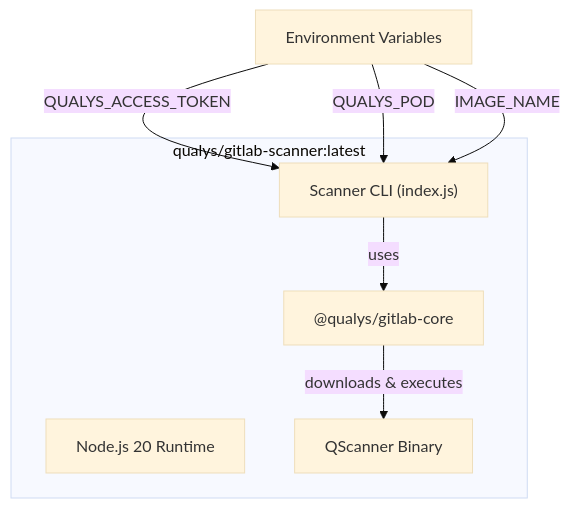
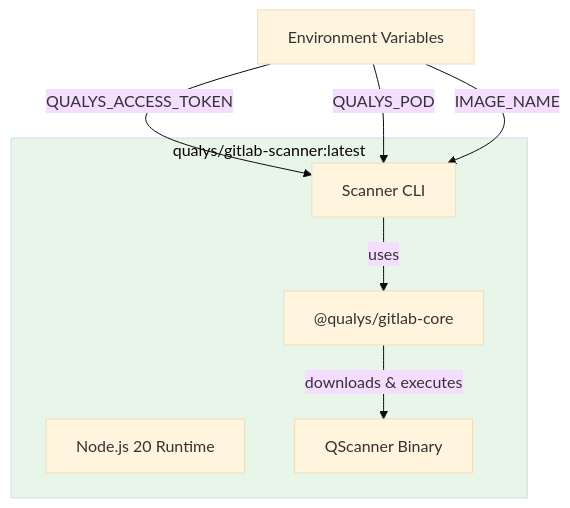
The third of 6 diagrams in docs/architecture.md (nelssec/qualys-gitlab), drawn with Mermaid (base theme) before and after one commit. The commit also changed other lines of this file and 4 other files, not shown here.

````diff
--- a/docs/architecture.md
+++ b/docs/architecture.md
@@ -70,17 +75,19 @@
 ```mermaid
 flowchart TB
-    subgraph Container["qualys/gitlab-scanner:latest"]
+    subgraph container["qualys/gitlab-scanner:latest"]
         node["Node.js 20 Runtime"]
         core["@qualys/gitlab-core"]
-        cli["Scanner CLI (index.js)"]
+        cli["Scanner CLI"]
         qscanner["QScanner Binary"]
     end
 
     env["Environment Variables"]
-    env -->|"QUALYS_ACCESS_TOKEN"| cli
-    env -->|"QUALYS_POD"| cli
-    env -->|"IMAGE_NAME"| cli
+    env -->|QUALYS_ACCESS_TOKEN| cli
+    env -->|QUALYS_POD| cli
+    env -->|IMAGE_NAME| cli
 
-    cli -->|"uses"| core
-    core -->|"downloads & executes"| qscanner
+    cli -->|uses| core
+    core -->|downloads & executes| qscanner
+
+    style container fill:#e8f5e9
 ```
````
